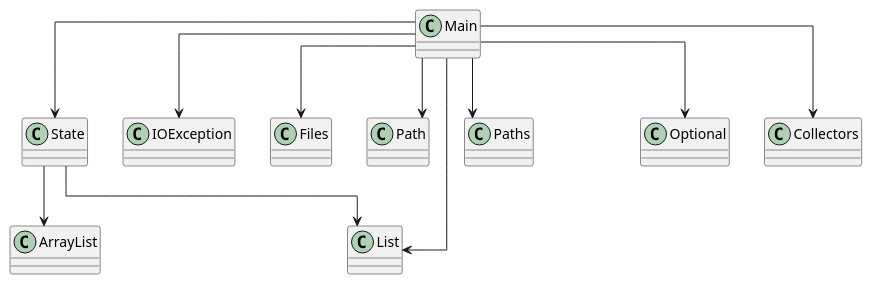
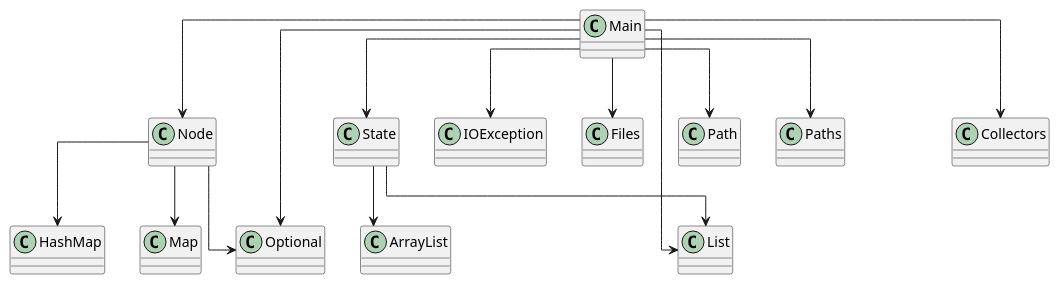
One commit to SirMathhman/Magma changed the diagram in diagram.puml. Above: the diagram before and after it, drawn with PlantUML. The commit also changed 2 other files, not shown here.

Commit message:
Introduce Node

```diff
--- a/diagram.puml
+++ b/diagram.puml
@@ -1,15 +1,20 @@
 @startuml
 skinparam linetype ortho
+Node --> HashMap
+Node --> Map
+Node --> Optional
+class Node
+Main --> Node
 Main --> State
 Main --> IOException
 Main --> Files
 Main --> Path
 Main --> Paths
 Main --> List
 Main --> Optional
 Main --> Collectors
 class Main
 State --> ArrayList
 State --> List
 class State
 @enduml
```
